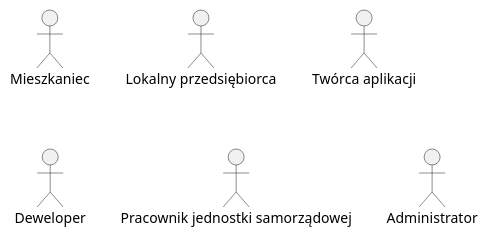
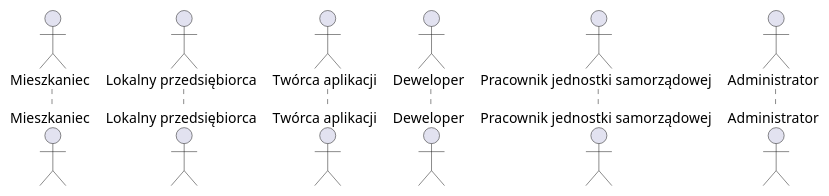
One commit to falkowp/IWO25L changed the diagram in dokumentacja/specyfikacja.wymagan/3.wizja.systemu/3.2.interesariusze/interesariusze.puml. Above: the diagram before and after it, drawn with PlantUML. The commit also changed 79 other files, not shown here.

```diff
--- a/dokumentacja/specyfikacja.wymagan/3.wizja.systemu/3.2.interesariusze/interesariusze.puml
+++ b/dokumentacja/specyfikacja.wymagan/3.wizja.systemu/3.2.interesariusze/interesariusze.puml
@@ -1,10 +1,9 @@
 @startuml
-
-:Mieszkaniec:
-:Lokalny przedsiębiorca:
-:Twórca aplikacji:
-:Deweloper:
-:Pracownik jednostki samorządowej:
-:Administrator:
+actor Mieszkaniec
+actor "Lokalny przedsiębiorca"
+actor "Twórca aplikacji"
+actor Deweloper
+actor "Pracownik jednostki samorządowej"
+actor Administrator
 
 @enduml
```
